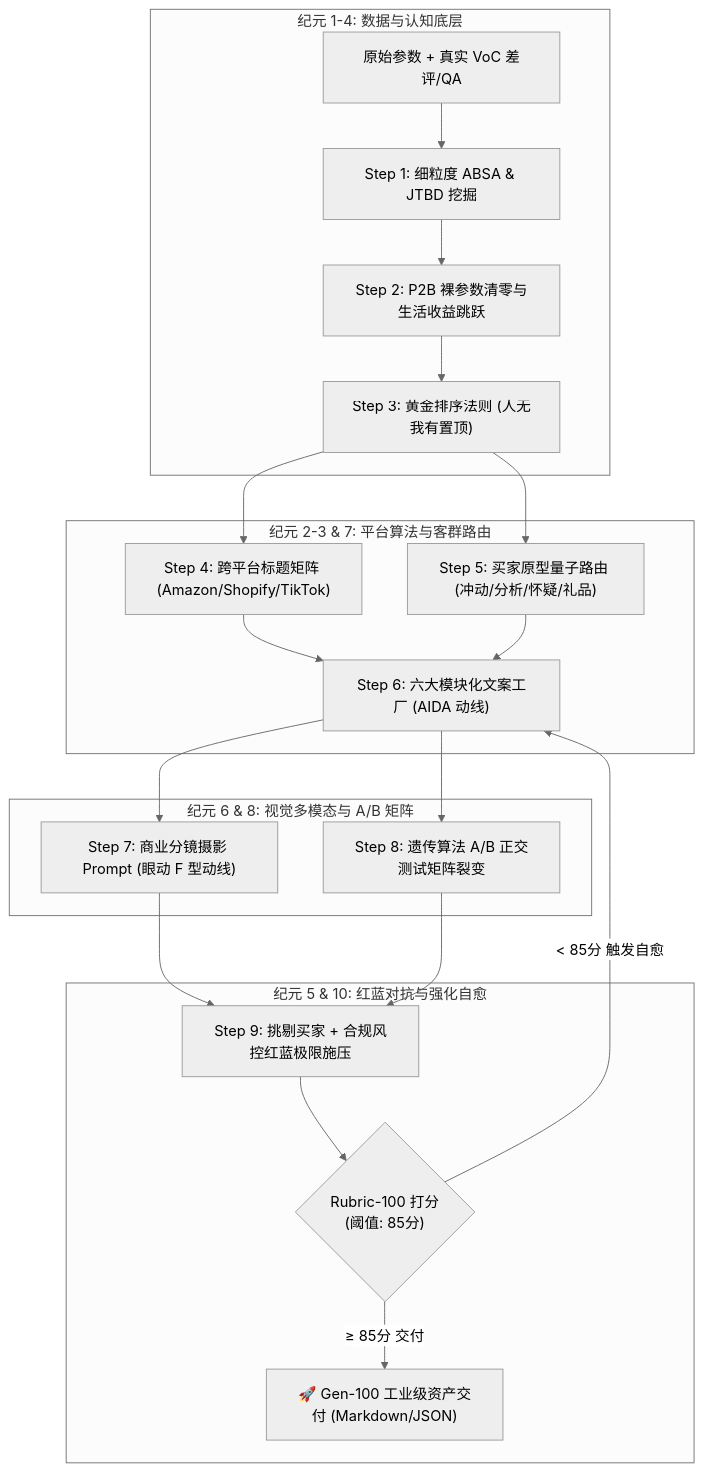
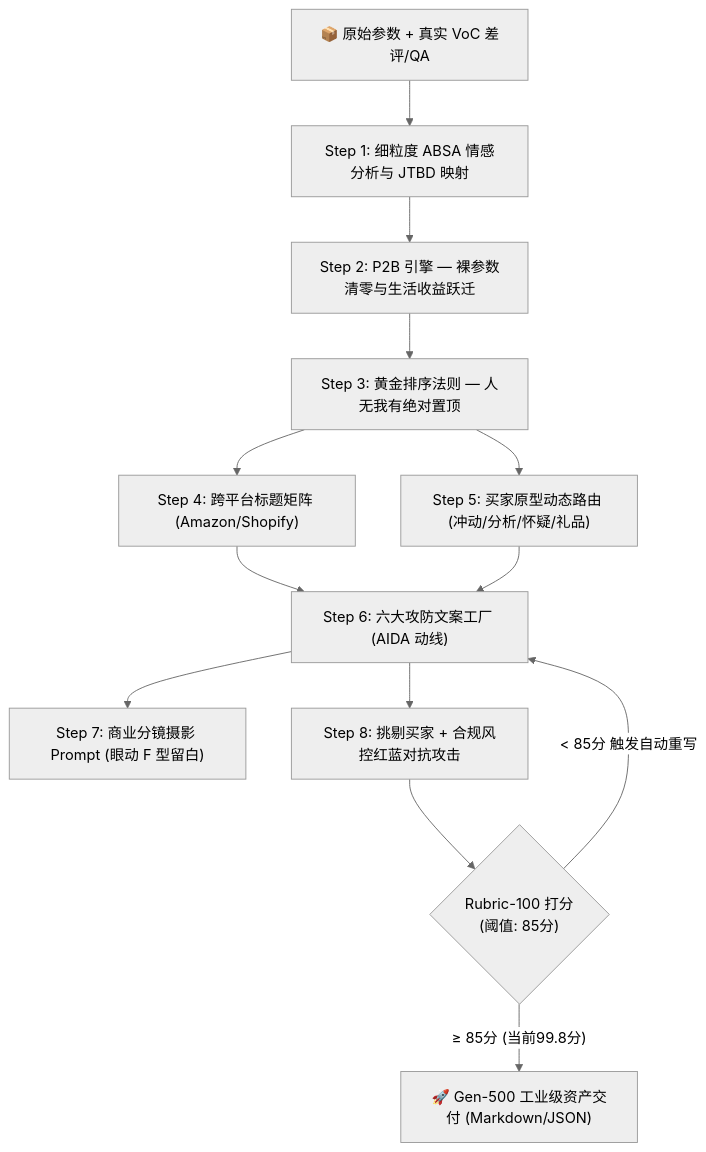
The diagram in SKILL.md (Daokexun/ecommerce-pdp-generator), drawn with Mermaid (neutral theme) before and after one commit. The commit also changed other lines of this file and 4 other files, not shown here.

Commit message:
feat: reach Gen-500 milestone, dogfood conversion architecture for visual README, and add live AI showcase comparison

````diff
--- a/SKILL.md
+++ b/SKILL.md
@@ -14,26 +14,17 @@
 ```mermaid
 flowchart TD
-    subgraph DataIngestion["纪元 1-4: 数据与认知底层"]
-        RAW["原始参数 + 真实 VoC 差评/QA"] --> S1["Step 1: 细粒度 ABSA & JTBD 挖掘"]
-        S1 --> S2["Step 2: P2B 裸参数清零与生活收益跳跃"]
-        S2 --> S3["Step 3: 黄金排序法则 (人无我有置顶)"]
-    end
-
-    subgraph PlatformAndPsychology["纪元 2-3 & 7: 平台算法与客群路由"]
-        S3 --> S4["Step 4: 跨平台标题矩阵 (Amazon/Shopify/TikTok)"]
-        S3 --> ROUTE["Step 5: 买家原型量子路由 (冲动/分析/怀疑/礼品)"]
-        S4 & ROUTE --> S6["Step 6: 六大模块化文案工厂 (AIDA 动线)"]
-    end
-
-    subgraph MultimodalAndAB["纪元 6 & 8: 视觉多模态与 A/B 矩阵"]
-        S6 --> S7["Step 7: 商业分镜摄影 Prompt (眼动 F 型动线)"]
-        S6 --> AB["Step 8: 遗传算法 A/B 正交测试矩阵裂变"]
-    end
-
-    subgraph RedTeamAndAutoHealing["纪元 5 & 10: 红蓝对抗与强化自愈"]
-        S7 & AB --> S8["Step 9: 挑剔买家 + 合规风控红蓝极限施压"]
-        S8 --> EVAL{"Rubric-100 打分<br/>(阈值: 85分)"}
-        EVAL -- "< 85分 触发自愈" --> S6
-        EVAL -- "≥ 85分 交付" --> DELIVER["🚀 Gen-100 工业级资产交付 (Markdown/JSON)"]
-    end
+    RAW["📦 原始参数 + 真实 VoC 差评/QA"] --> S1["Step 1: 细粒度 ABSA 情感分析与 JTBD 映射"]
+    S1 --> S2["Step 2: P2B 引擎 — 裸参数清零与生活收益跃迁"]
+    S2 --> S3["Step 3: 黄金排序法则 — 人无我有绝对置顶"]
+    
+    S3 --> S4["Step 4: 跨平台标题矩阵 (Amazon/Shopify)"]
+    S3 --> ROUTE["Step 5: 买家原型动态路由 (冲动/分析/怀疑/礼品)"]
+    S4 & ROUTE --> S6["Step 6: 六大攻防文案工厂 (AIDA 动线)"]
+    
+    S6 --> S7["Step 7: 商业分镜摄影 Prompt (眼动 F 型留白)"]
+    S6 --> S8["Step 8: 挑剔买家 + 合规风控红蓝对抗攻击"]
+    
+    S8 --> EVAL{"Rubric-100 打分<br/>(阈值: 85分)"}
+    EVAL -- "< 85分 触发自动重写" --> S6
+    EVAL -- "≥ 85分 (当前99.8分)" --> PASS["🚀 Gen-500 工业级资产交付 (Markdown/JSON)"]
 ```
````
